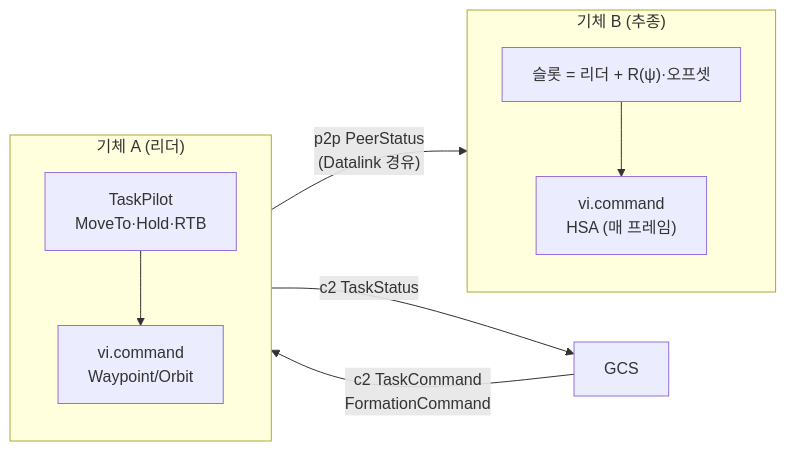
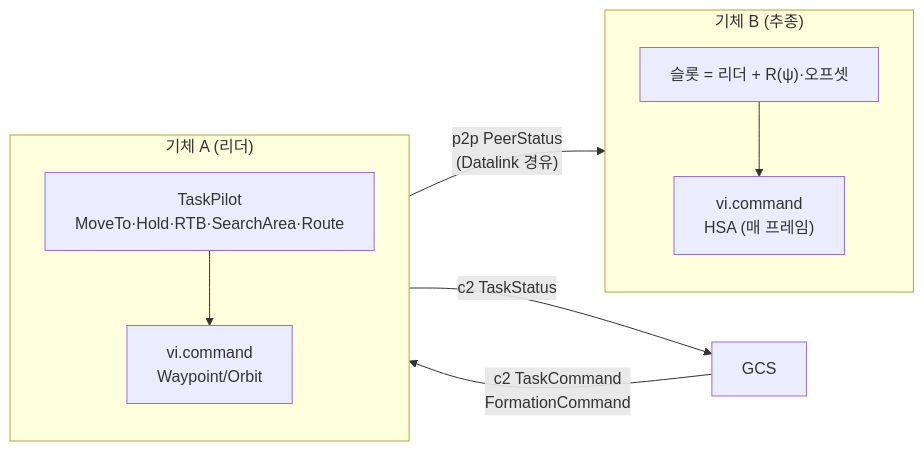
Before and after one commit to Kimbyung-wook/SwarmFlSim: the diagram in algorithms/TRACE.md, drawn with Mermaid. The commit also changed other lines of this file and 6 other files, not shown here.

First line of the commit message:
IMP-AGT-016~018: 지도 임무 명령 Hold 매개변수·Route·정찰·SearchArea 원 지원 (DEC-033, REQ-BHV-002, REQ-UI-003, REQ-UI-004)

````diff
--- a/algorithms/TRACE.md
+++ b/algorithms/TRACE.md
@@ -7,12 +7,12 @@
 ```mermaid
 flowchart LR
     subgraph V1["기체 A (리더)"]
-        TP["TaskPilot<br/>MoveTo·Hold·RTB"] --> VI1["vi.command<br/>Waypoint/Orbit"]
+        TP["TaskPilot<br/>MoveTo·Hold·RTB·SearchArea·Route"] --> VI1["vi.command<br/>Waypoint/Orbit"]
     end
     subgraph V2["기체 B (추종)"]
         SL["슬롯 = 리더 + R(ψ)·오프셋"] --> VI2["vi.command<br/>HSA (매 프레임)"]
     end
     V1 -- "p2p PeerStatus<br/>(Datalink 경유)" --> V2
     GCS["GCS"] -- "c2 TaskCommand<br/>FormationCommand" --> V1
     V1 -- "c2 TaskStatus" --> GCS
 ```
````
